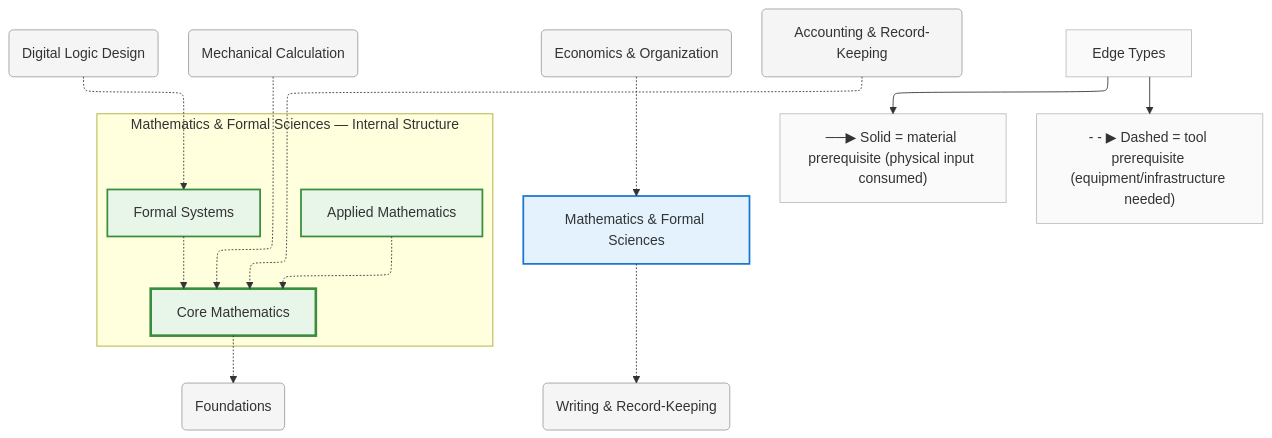
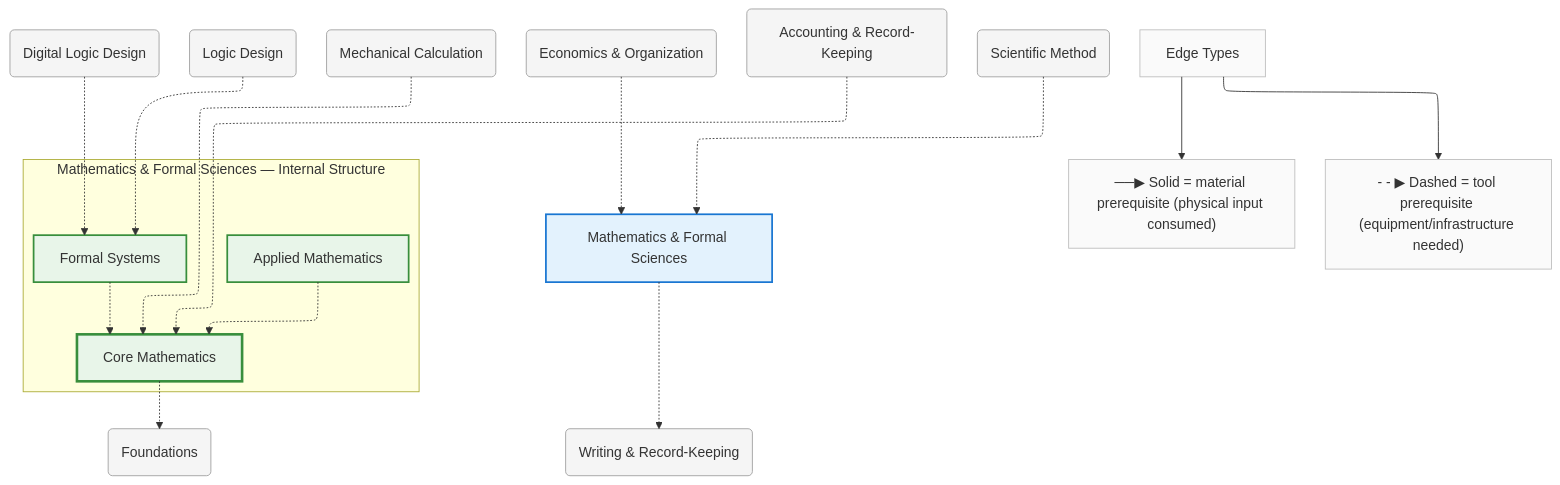
One commit to egofree/TechTree changed the diagram in diagrams/mermaid/mathematics.mmd. Above: the diagram before and after it, drawn with Mermaid. The commit also changed 30 other files, not shown here.

First line of the commit message:
chore: regenerate diagrams after content expansion

```diff
--- a/diagrams/mermaid/mathematics.mmd
+++ b/diagrams/mermaid/mathematics.mmd
@@ -1,58 +1,64 @@
 %%{init: {"flowchart": {"defaultRenderer": "elk", "htmlLabels": true}}}%%
 graph TD
     %% Domain: Mathematics & Formal Sciences
 
     %% ==================== INTERNAL NODES ====================
     subgraph mathematics_internal ["Mathematics & Formal Sciences — Internal Structure"]
         direction TB
         mathematics_applied-mathematics["Applied Mathematics"]
         mathematics_core-mathematics["Core Mathematics"]
         mathematics_formal-systems["Formal Systems"]
     end
 
     %% ==================== DOMAIN NODE ====================
     mathematics["Mathematics & Formal Sciences"]
 
     %% ==================== EXTERNAL DEPENDENCIES ====================
     computing_digital-logic("Digital Logic Design")
+    computing_logic-design("Logic Design")
     computing_mechanical("Mechanical Calculation")
     economics-organization("Economics & Organization")
     economics-organization_accounting("Accounting & Record-Keeping")
     foundations("Foundations")
+    knowledge_scientific-method("Scientific Method")
     knowledge_writing("Writing & Record-Keeping")
 
     %% ==================== EDGES ====================
     mathematics_applied-mathematics -.-> mathematics_core-mathematics
     mathematics_formal-systems -.-> mathematics_core-mathematics
     computing_digital-logic -.-> mathematics_formal-systems
+    computing_logic-design -.-> mathematics_formal-systems
     computing_mechanical -.-> mathematics_core-mathematics
     economics-organization_accounting -.-> mathematics_core-mathematics
     economics-organization -.-> mathematics
+    knowledge_scientific-method -.-> mathematics
     mathematics_core-mathematics -.-> foundations
     mathematics -.-> knowledge_writing
 
     %% ==================== EDGE TYPE LEGEND ====================
     EdgeLegend["Edge Types"]
     EdgeLegend --> MatNote["──▶ Solid = material prerequisite (physical input consumed)"]
     EdgeLegend --> ToolNote["- - ▶ Dashed = tool prerequisite (equipment/infrastructure needed)"]
 
     %% ==================== STYLING ====================
     classDef domain fill:#e3f2fd,stroke:#1976d2,stroke-width:2px
     classDef capability fill:#e8f5e9,stroke:#388e3c,stroke-width:2px
     classDef process fill:#fff3e0,stroke:#f57c00,stroke-width:2px
     classDef critical fill:#fff3e0,stroke:#f57c00,stroke-width:3px
     classDef earlyWin fill:#e8f5e9,stroke:#388e3c,stroke-width:3px
     classDef pinnacle fill:#fce4ec,stroke:#c62828,stroke-width:3px
     classDef external fill:#f5f5f5,stroke:#9e9e9e,stroke-width:1px
     classDef legend fill:#fafafa,stroke:#bdbdbd,stroke-width:1px
     class mathematics domain
     class mathematics_applied-mathematics capability
     class mathematics_core-mathematics earlyWin
     class mathematics_formal-systems capability
     class computing_digital-logic external
+    class computing_logic-design external
     class computing_mechanical external
     class economics-organization external
     class economics-organization_accounting external
     class foundations external
+    class knowledge_scientific-method external
     class knowledge_writing external
     class EdgeLegend,MatNote,ToolNote legend
```
